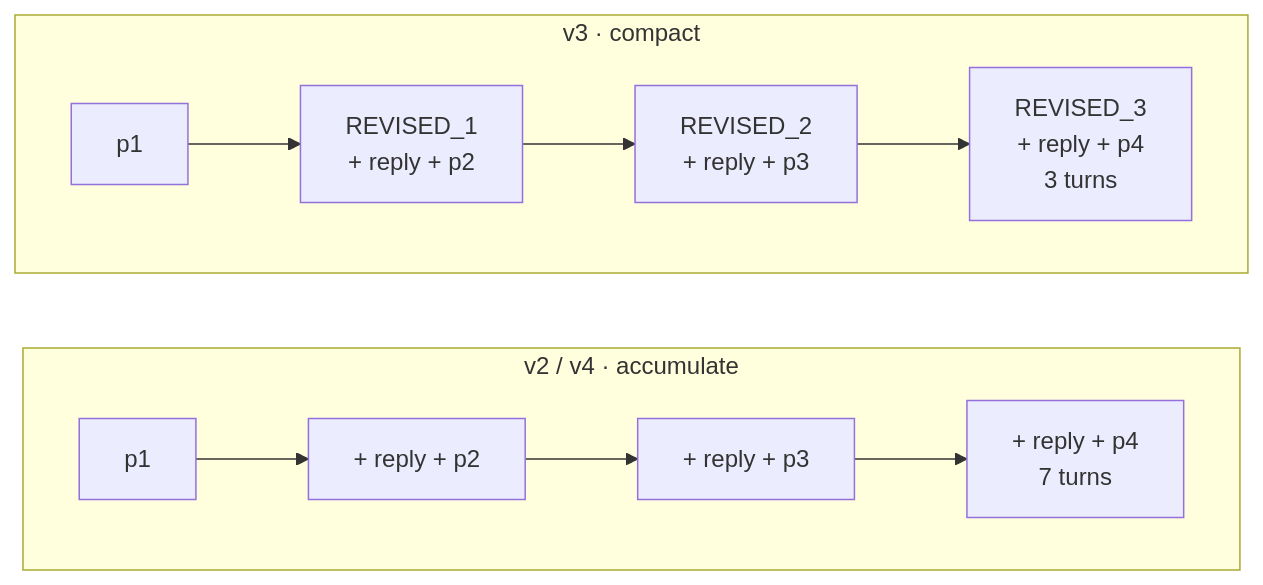
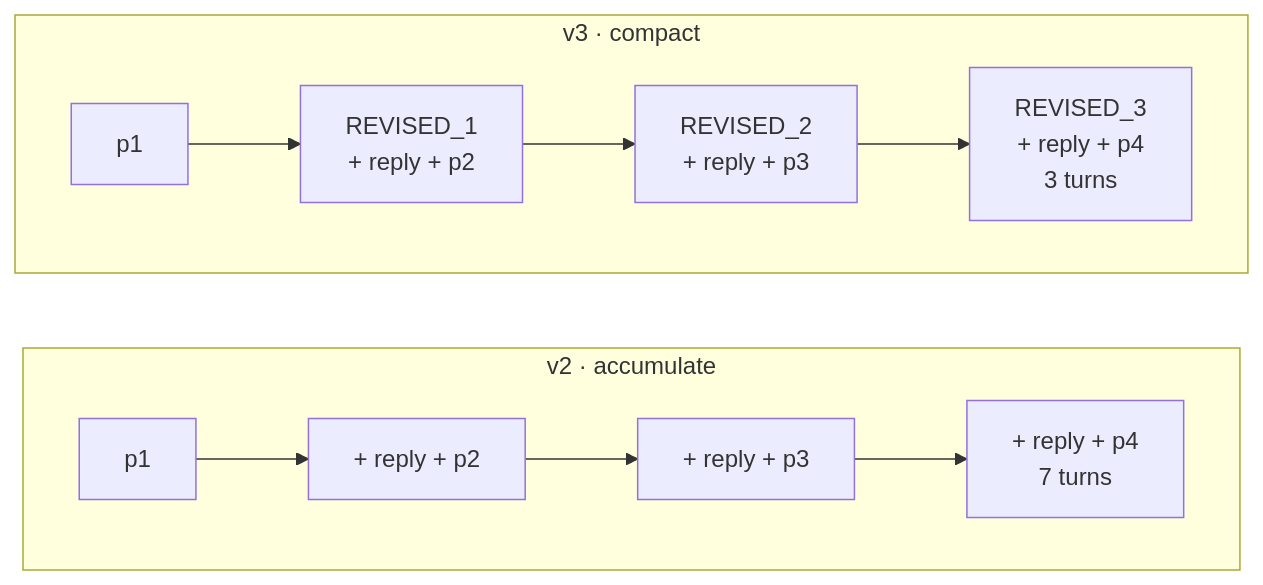
Before and after one commit to ejnj03/contract_research: the seventh of 11 diagrams in README.md, drawn with Mermaid. The commit also changed other lines of this file, not shown here.

````diff
--- a/README.md
+++ b/README.md
@@ -247,11 +234,11 @@
 ```mermaid
 flowchart LR
-    subgraph v2["v2 / v4 · accumulate"]
+    subgraph acc["v2 · accumulate"]
         direction LR
-        A1[p1] --> A2[+ reply + p2] --> A3[+ reply + p3] --> A4[+ reply + p4<br/>7 turns]
+        A1["p1"] --> A2["+ reply + p2"] --> A3["+ reply + p3"] --> A4["+ reply + p4<br/>7 turns"]
     end
-    subgraph v3["v3 · compact"]
+    subgraph com["v3 · compact"]
         direction LR
-        B1[p1] --> B2[REVISED_1<br/>+ reply + p2] --> B3[REVISED_2<br/>+ reply + p3] --> B4[REVISED_3<br/>+ reply + p4<br/>3 turns]
+        B1["p1"] --> B2["REVISED_1<br/>+ reply + p2"] --> B3["REVISED_2<br/>+ reply + p3"] --> B4["REVISED_3<br/>+ reply + p4<br/>3 turns"]
     end
 ```
````
